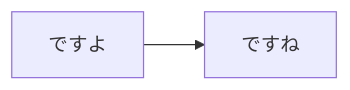
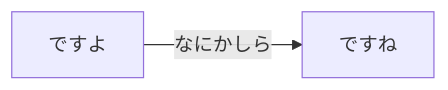
One commit to takeshi-kishima/mpc-api changed the diagram in README.md. Above: the diagram before and after it, drawn with Mermaid.

````diff
--- a/README.md
+++ b/README.md
@@ -19,4 +19,4 @@
 ```mermaid
 graph LR;
-    A[ですよ]-->B[ですね];
+    A[ですよ] -->|なにかしら| B[ですね];
 ```
````
